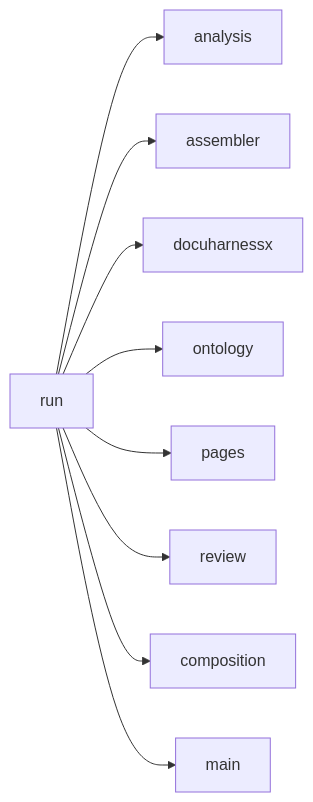
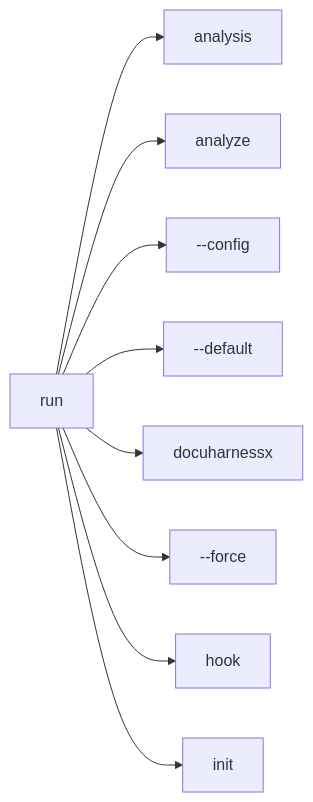
One commit to norandom/DocuHarnessX changed diagram 26 of 30 in docs/glossary.md. Above: the diagram before and after it, drawn with Mermaid. The commit also changed other lines of this file and 12 other files, not shown here.

````diff
--- a/docs/glossary.md
+++ b/docs/glossary.md
@@ -973,20 +987,20 @@
 ```mermaid
 flowchart LR
   here["run"]
   r0["analysis"]
   here --> r0
-  r1["assembler"]
+  r1["analyze"]
   here --> r1
-  r2["docuharnessx"]
+  r2["--config"]
   here --> r2
-  r3["ontology"]
+  r3["--default"]
   here --> r3
-  r4["pages"]
+  r4["docuharnessx"]
   here --> r4
-  r5["review"]
+  r5["--force"]
   here --> r5
-  r6["composition"]
+  r6["hook"]
   here --> r6
-  r7["main"]
+  r7["init"]
   here --> r7
 ```
````
